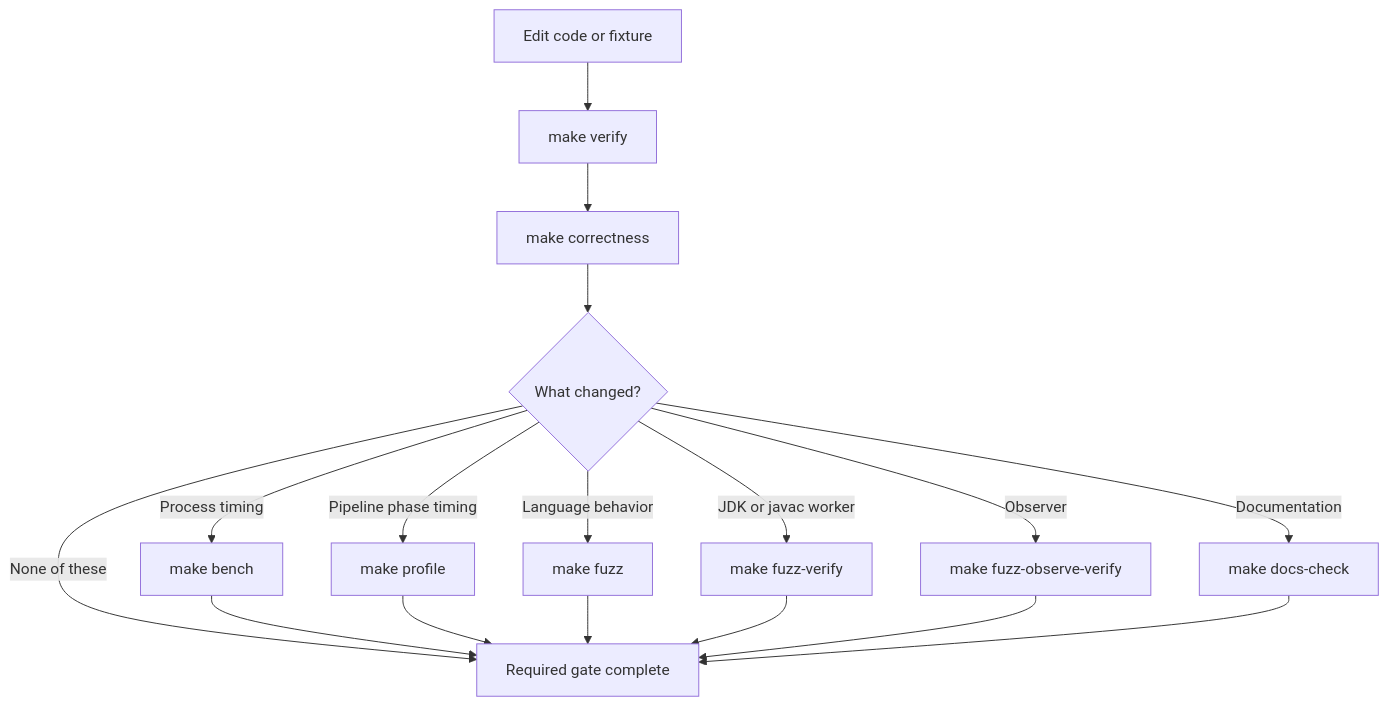
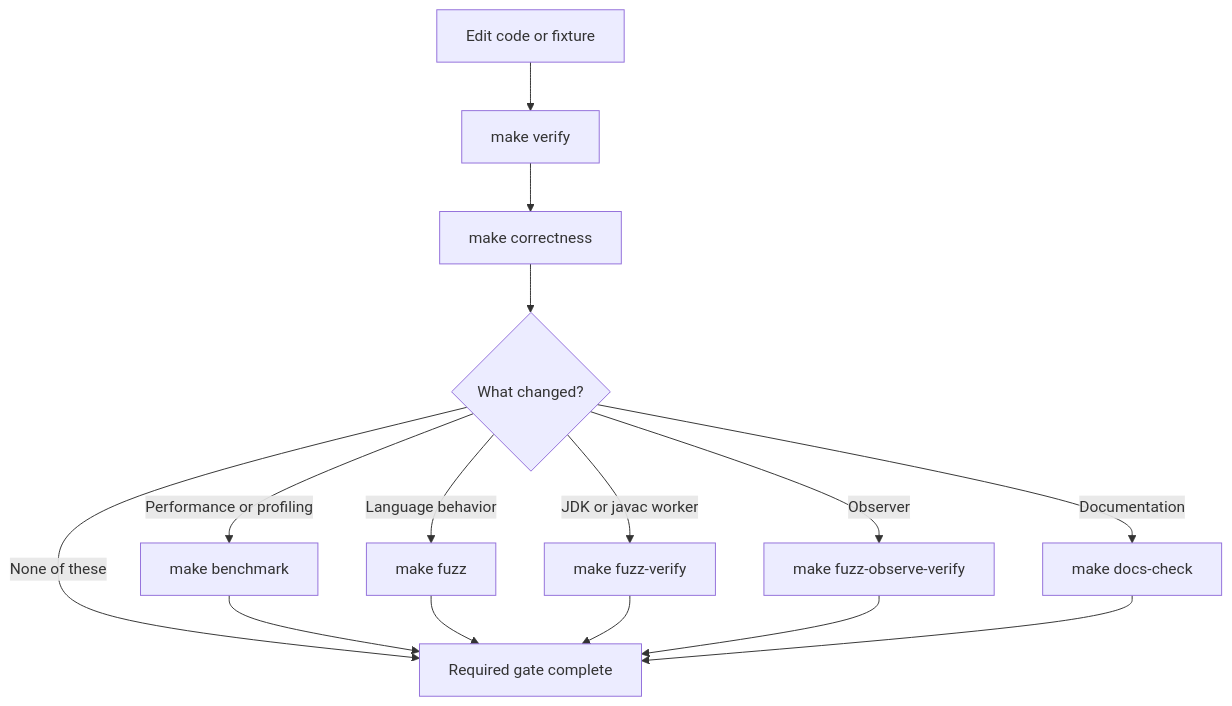
The diagram in docs/src/tooling/command-surface.md (VitorNathanG/njavac), drawn with Mermaid before and after one commit. The commit also changed other lines of this file and 27 other files, not shown here.

Commit message:
Unify benchmark and profiling

````diff
--- a/docs/src/tooling/command-surface.md
+++ b/docs/src/tooling/command-surface.md
@@ -13,19 +13,17 @@
 ```mermaid
 flowchart TD
     Edit[Edit code or fixture] --> Fast[make verify]
     Fast --> Fresh[make correctness]
     Fresh --> Kind{What changed?}
-    Kind -->|Process timing| Bench[make bench]
-    Kind -->|Pipeline phase timing| Profile[make profile]
+    Kind -->|Performance or profiling| Benchmark[make benchmark]
     Kind -->|Language behavior| Fuzz[make fuzz]
     Kind -->|JDK or javac worker| Worker[make fuzz-verify]
     Kind -->|Observer| Observer[make fuzz-observe-verify]
     Kind -->|Documentation| Docs[make docs-check]
     Kind -->|None of these| Complete[Required gate complete]
-    Bench --> Complete
-    Profile --> Complete
+    Benchmark --> Complete
     Fuzz --> Complete
     Worker --> Complete
     Observer --> Complete
     Docs --> Complete
 ```
````
